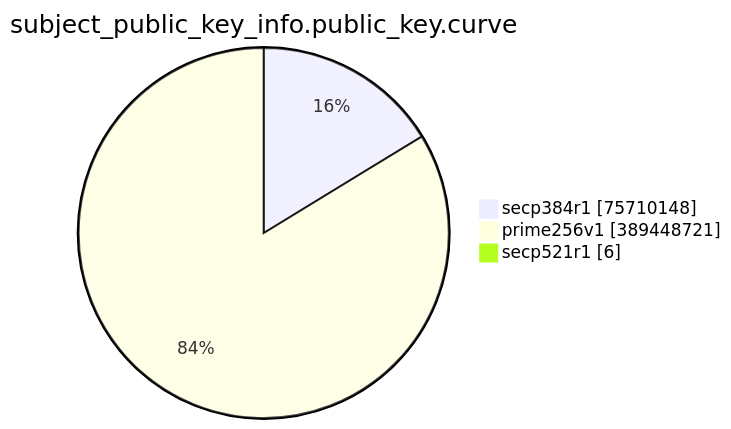
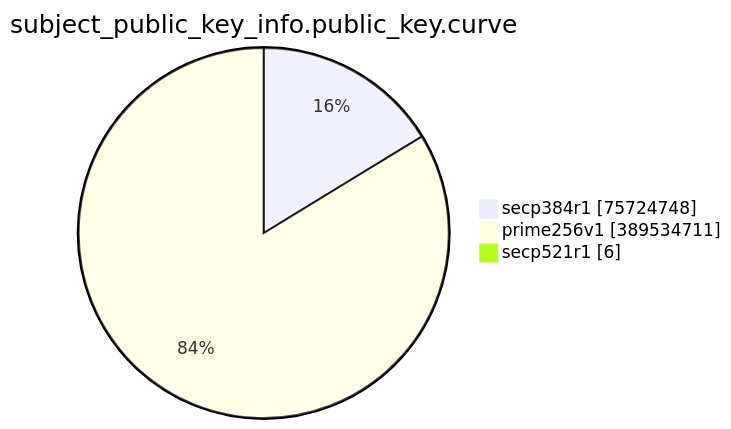
One commit to christiankrug/ctmonitor_visualization changed the eighth of 15 diagrams in TOTAL/README.md. Above: the diagram before and after it, drawn with Mermaid. The commit also changed other lines of this file, not shown here.

````diff
--- a/TOTAL/README.md
+++ b/TOTAL/README.md
@@ -3094,7 +3094,7 @@
 ```mermaid
 pie showData
 title subject_public_key_info.public_key.curve
-"secp384r1" :75710148
-"prime256v1" :389448721
+"secp384r1" :75724748
+"prime256v1" :389534711
 "secp521r1" :6
 ```
````
